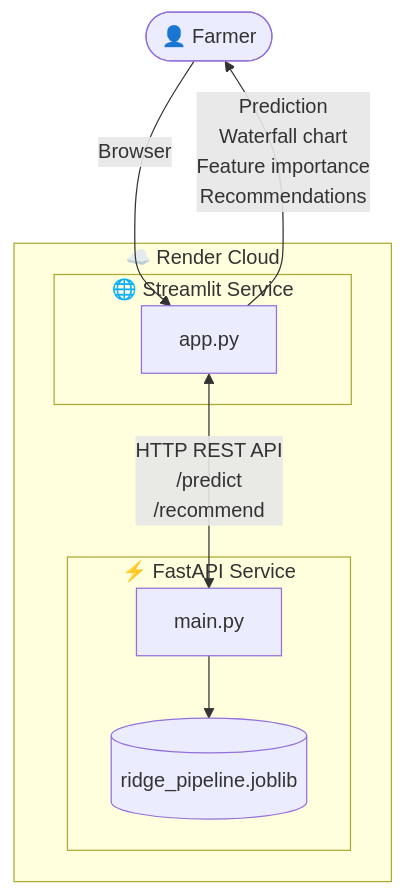
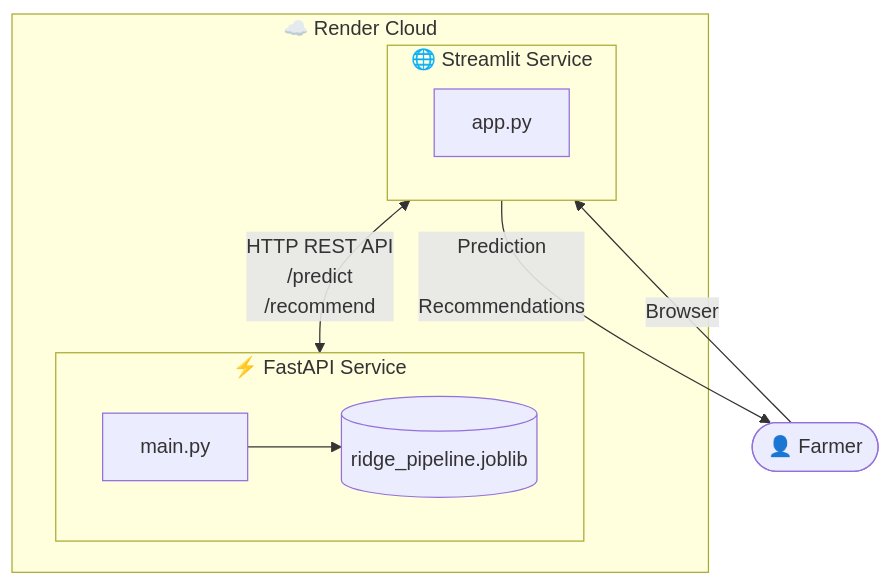
One commit to reemHasan/Agritech_Answers changed the diagram in README.md. Above: the diagram before and after it, drawn with Mermaid.

Commit message:
modify readme chart app

````diff
--- a/README.md
+++ b/README.md
@@ -36,23 +36,23 @@
 ```mermaid
 flowchart TB
 
     User([👤 Farmer])
 
     subgraph Render["☁️ Render Cloud"]
 
         subgraph Frontend["🌐 Streamlit Service"]
             UI["app.py"]
         end
 
         subgraph Backend["⚡ FastAPI Service"]
             API["main.py"]
             MODEL[("ridge_pipeline.joblib")]
             API --> MODEL
         end
 
-        UI <-->|HTTP REST API<br/>/predict<br/>/recommend| API
+        Frontend <-->|HTTP REST API<br/>/predict<br/>/recommend| Backend
     end
 
-    User -->|Browser| UI
-    UI -->|Prediction<br/>Waterfall chart<br/>Feature importance<br/>Recommendations| User
+    User -->|Browser| Frontend
+    Frontend -->|Prediction<br/><br/>Recommendations| User
 ```
````
